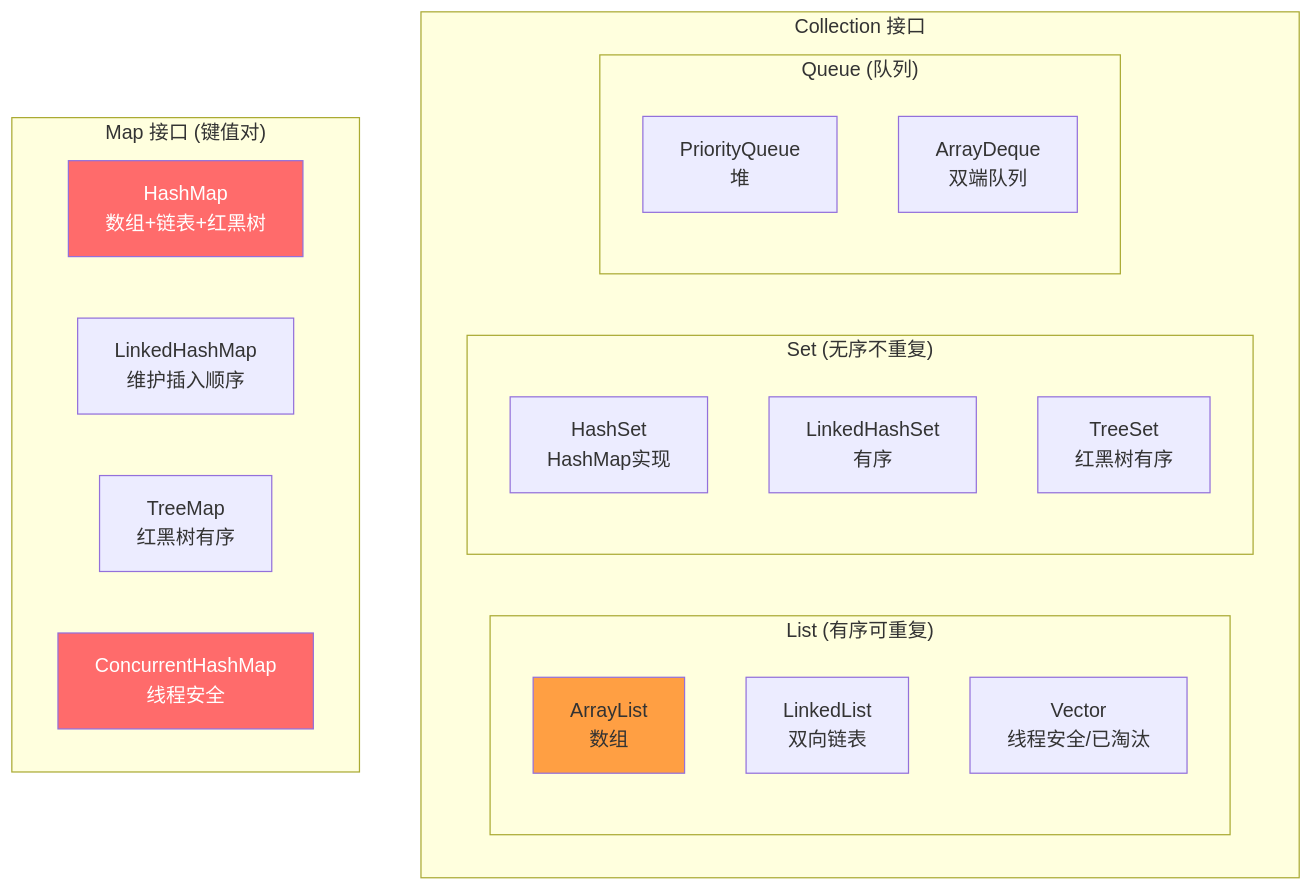
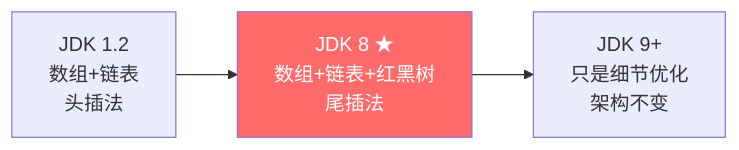
Before and after one commit to qigao0787-ops/gq-test: diagram 11 of 24 in document/strengthen/Java基础面试总结_增强版.md, drawn with Mermaid. The commit also changed other lines of this file, not shown here.

````diff
--- a/document/strengthen/Java基础面试总结_增强版.md
+++ b/document/strengthen/Java基础面试总结_增强版.md
@@ -445,30 +827,7 @@
 ```mermaid
-flowchart TB
-    subgraph Collection["Collection 接口"]
-        subgraph List["List (有序可重复)"]
-            AL[ArrayList<br/>数组]
-            LL[LinkedList<br/>双向链表]
-            V[Vector<br/>线程安全/已淘汰]
-        end
-        subgraph Set["Set (无序不重复)"]
-            HS[HashSet<br/>HashMap实现]
-            LHS[LinkedHashSet<br/>有序]
-            TS[TreeSet<br/>红黑树有序]
-        end
-        subgraph Queue["Queue (队列)"]
-            PQ[PriorityQueue<br/>堆]
-            DQ[ArrayDeque<br/>双端队列]
-        end
-    end
+flowchart LR
+    A["JDK 1.2<br/>数组+链表<br/>头插法"] --> B["JDK 8 ★<br/>数组+链表+红黑树<br/>尾插法"]
+    B --> C["JDK 9+<br/>只是细节优化<br/>架构不变"]
 
-    subgraph Map["Map 接口 (键值对)"]
-        HM[HashMap<br/>数组+链表+红黑树]
-        LHM[LinkedHashMap<br/>维护插入顺序]
-        TM[TreeMap<br/>红黑树有序]
-        CHM[ConcurrentHashMap<br/>线程安全]
-    end
-
-    style HM fill:#ff6b6b,color:#fff
-    style CHM fill:#ff6b6b,color:#fff
-    style AL fill:#ff9f43
+    style B fill:#ff6b6b,color:#fff
 ```
````
